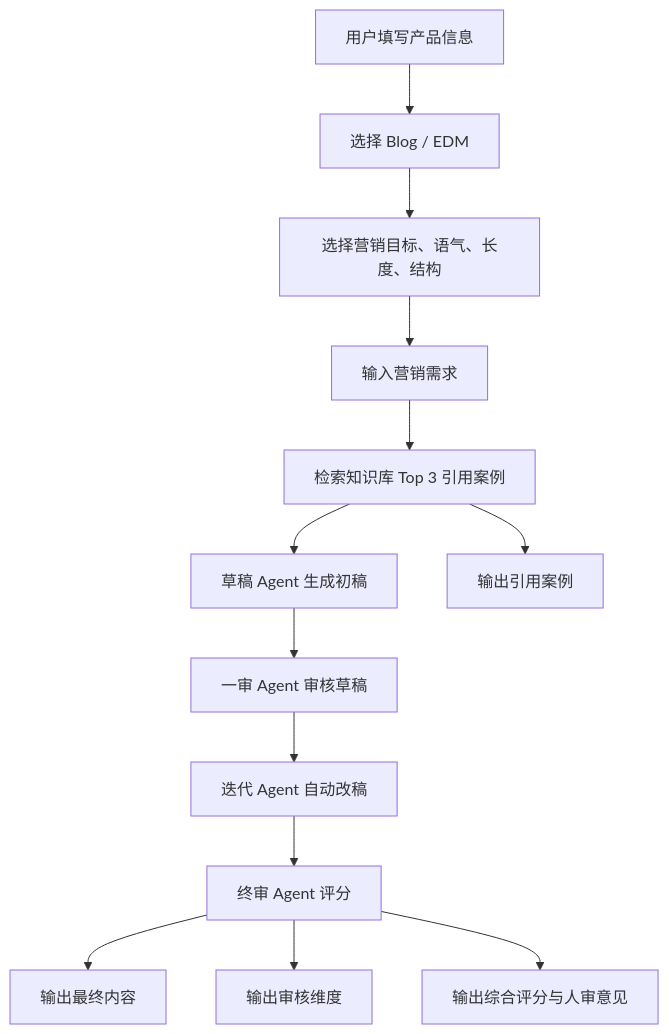
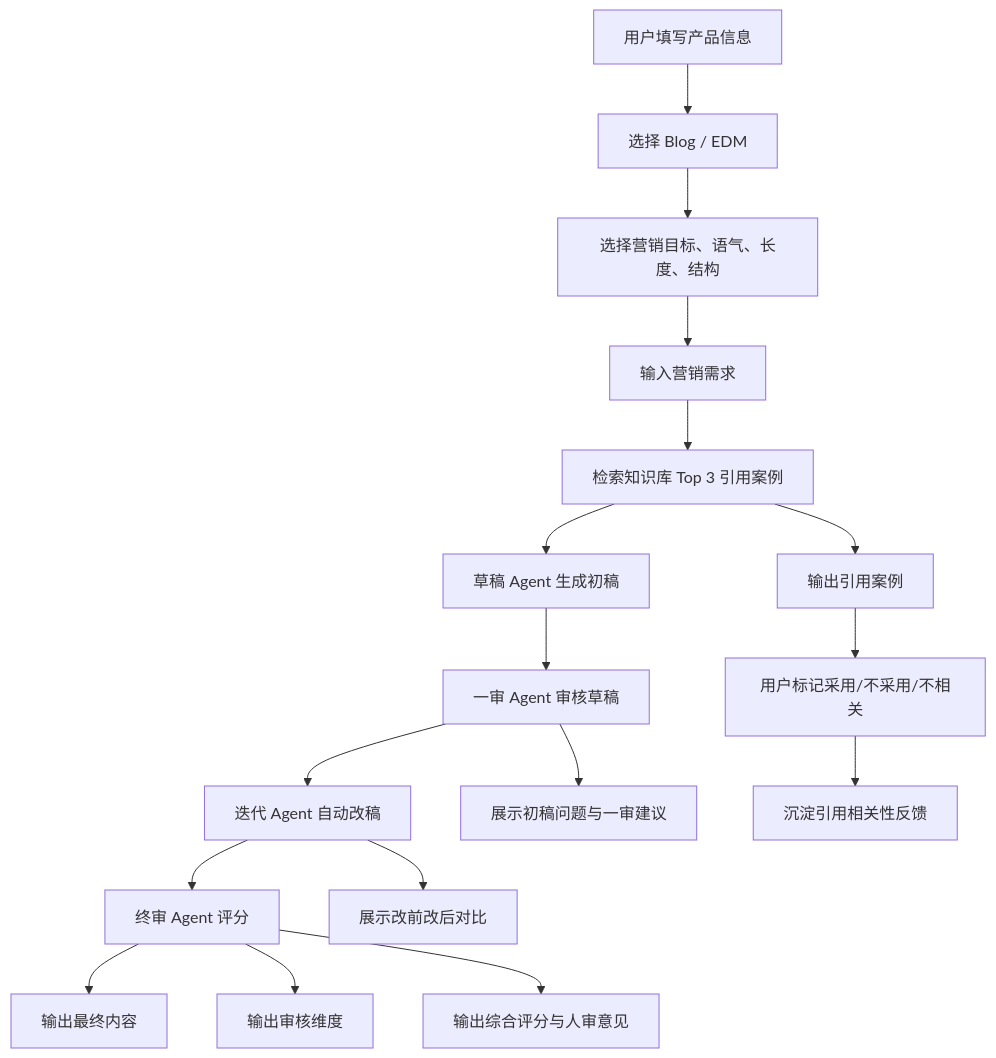
The first of 2 diagrams in docs/USER_FLOW.md (iamnotalle/AI-keyboard-marketing-platform-v2), drawn with Mermaid before and after one commit. The commit also changed other lines of this file and 4 other files, not shown here.

````diff
--- a/docs/USER_FLOW.md
+++ b/docs/USER_FLOW.md
@@ -5,15 +5,19 @@
 ```mermaid
 flowchart TD
     A["用户填写产品信息"] --> B["选择 Blog / EDM"]
     B --> C["选择营销目标、语气、长度、结构"]
     C --> D["输入营销需求"]
     D --> E["检索知识库 Top 3 引用案例"]
     E --> F["草稿 Agent 生成初稿"]
     F --> G["一审 Agent 审核草稿"]
     G --> H["迭代 Agent 自动改稿"]
     H --> I["终审 Agent 评分"]
     I --> J["输出最终内容"]
     I --> K["输出审核维度"]
     I --> L["输出综合评分与人审意见"]
     E --> M["输出引用案例"]
+    M --> N["用户标记采用/不采用/不相关"]
+    N --> O["沉淀引用相关性反馈"]
+    G --> P["展示初稿问题与一审建议"]
+    H --> Q["展示改前改后对比"]
 ```
````
